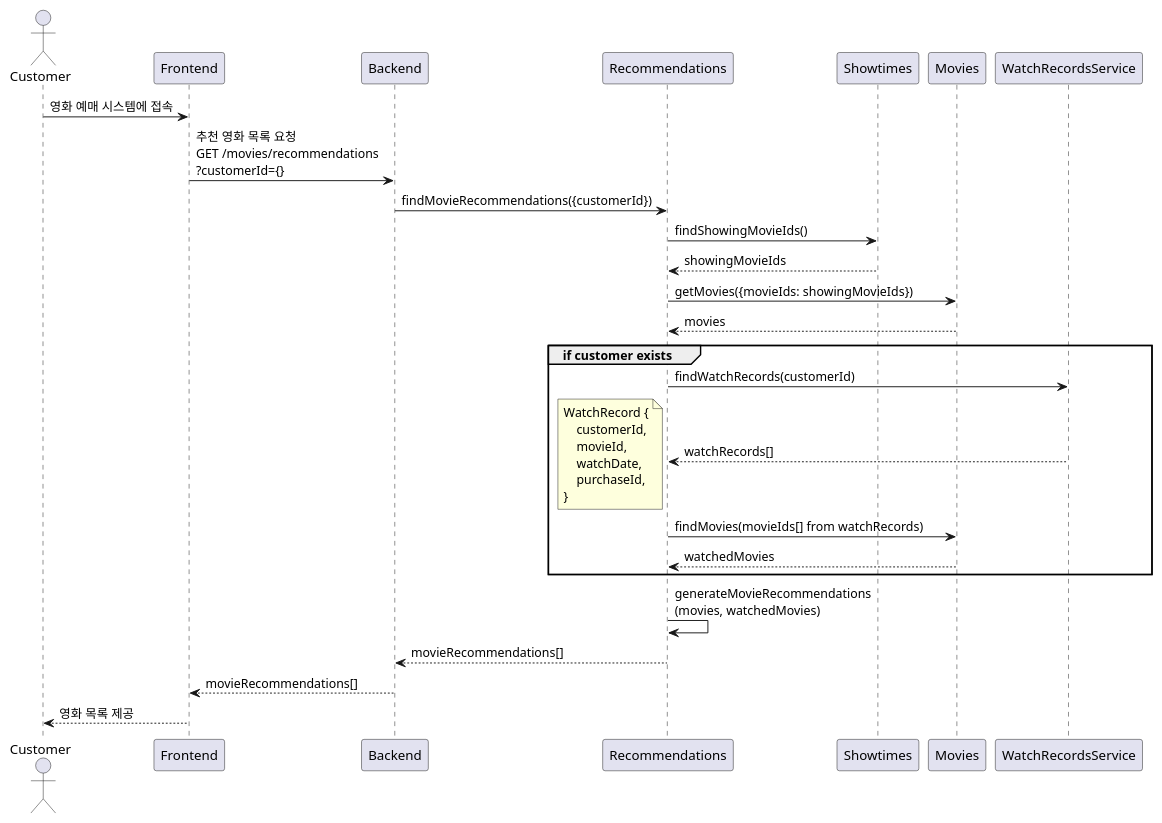
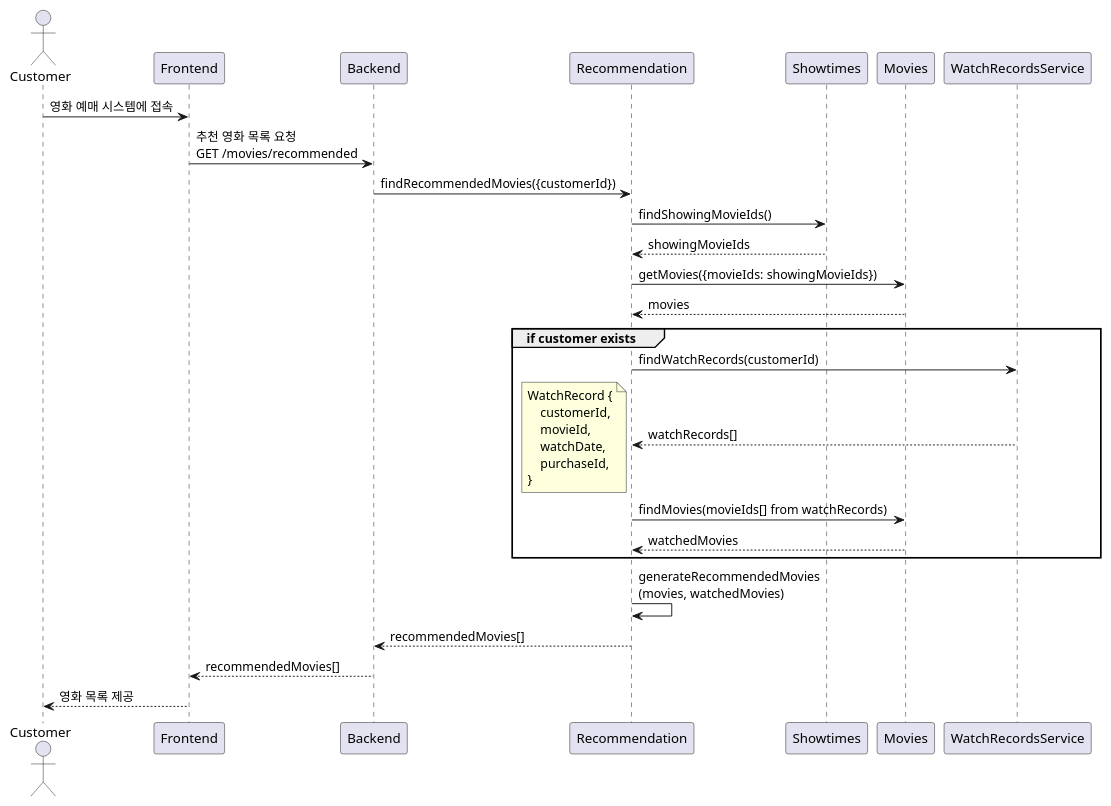
One commit to mannercode/nest-seed changed the first of 3 diagrams in docs/tickets-purchase.md. Above: the diagram before and after it, drawn with PlantUML. The commit also changed other lines of this file and 51 other files, not shown here.

````diff
--- a/docs/tickets-purchase.md
+++ b/docs/tickets-purchase.md
@@ -60,31 +60,31 @@
 ```plantuml
 @startuml
 actor Customer
 
 Customer -> Frontend: 영화 예매 시스템에 접속
-Frontend -> Backend: 추천 영화 목록 요청\nGET /movies/recommendations\n?customerId={}
-Backend -> Recommendations: findMovieRecommendations({customerId})
-Recommendations -> Showtimes: findShowingMovieIds()
-Showtimes --> Recommendations: showingMovieIds
-Recommendations -> Movies: getMovies({movieIds: showingMovieIds})
-Movies --> Recommendations: movies
+Frontend -> Backend: 추천 영화 목록 요청\nGET /movies/recommended
+Backend -> Recommendation: findRecommendedMovies({customerId})
+Recommendation -> Showtimes: findShowingMovieIds()
+Showtimes --> Recommendation: showingMovieIds
+Recommendation -> Movies: getMovies({movieIds: showingMovieIds})
+Movies --> Recommendation: movies
 group if customer exists
-    Recommendations -> WatchRecordsService: findWatchRecords(customerId)
-    Recommendations <-- WatchRecordsService: watchRecords[]
+    Recommendation -> WatchRecordsService: findWatchRecords(customerId)
+    Recommendation <-- WatchRecordsService: watchRecords[]
     note left
     WatchRecord {
         customerId,
         movieId,
         watchDate,
         purchaseId,
     }
     end note
-    Recommendations -> Movies: findMovies(movieIds[] from watchRecords)
-    Recommendations <-- Movies: watchedMovies
+    Recommendation -> Movies: findMovies(movieIds[] from watchRecords)
+    Recommendation <-- Movies: watchedMovies
 end
-Recommendations -> Recommendations: generateMovieRecommendations\n(movies, watchedMovies)
-Backend <-- Recommendations: movieRecommendations[]
-Frontend <-- Backend: movieRecommendations[]
+Recommendation -> Recommendation: generateRecommendedMovies\n(movies, watchedMovies)
+Backend <-- Recommendation: recommendedMovies[]
+Frontend <-- Backend: recommendedMovies[]
 Customer <-- Frontend: 영화 목록 제공
 @enduml
 ```
````
